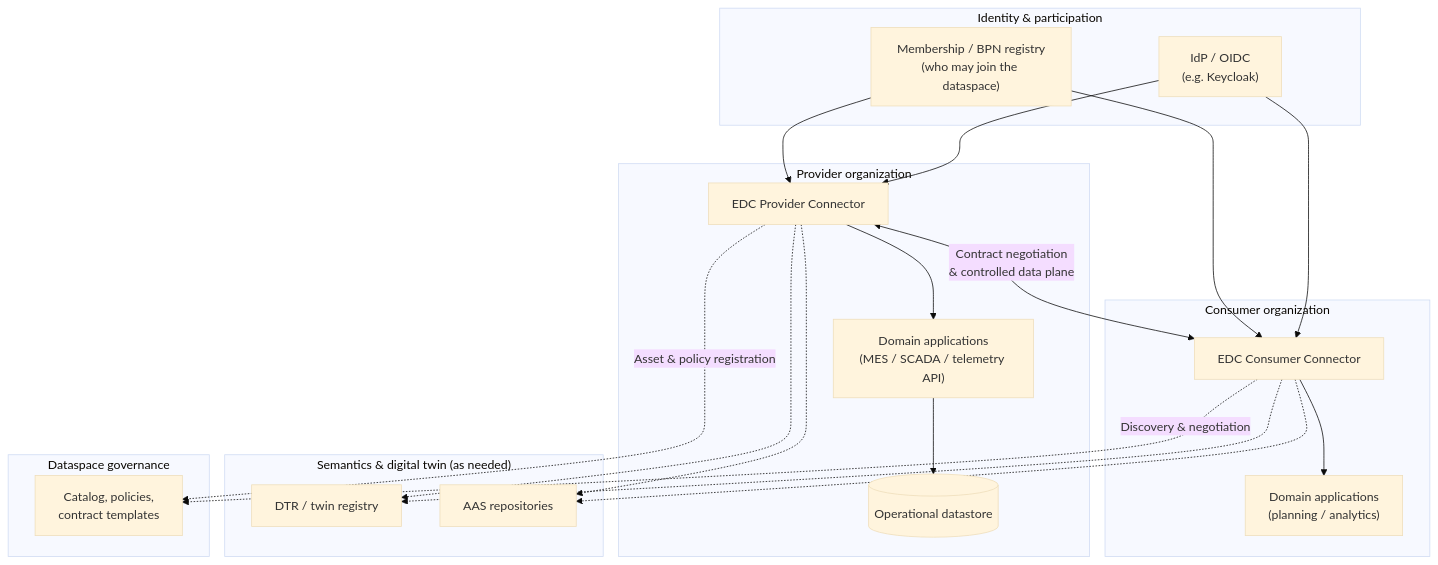
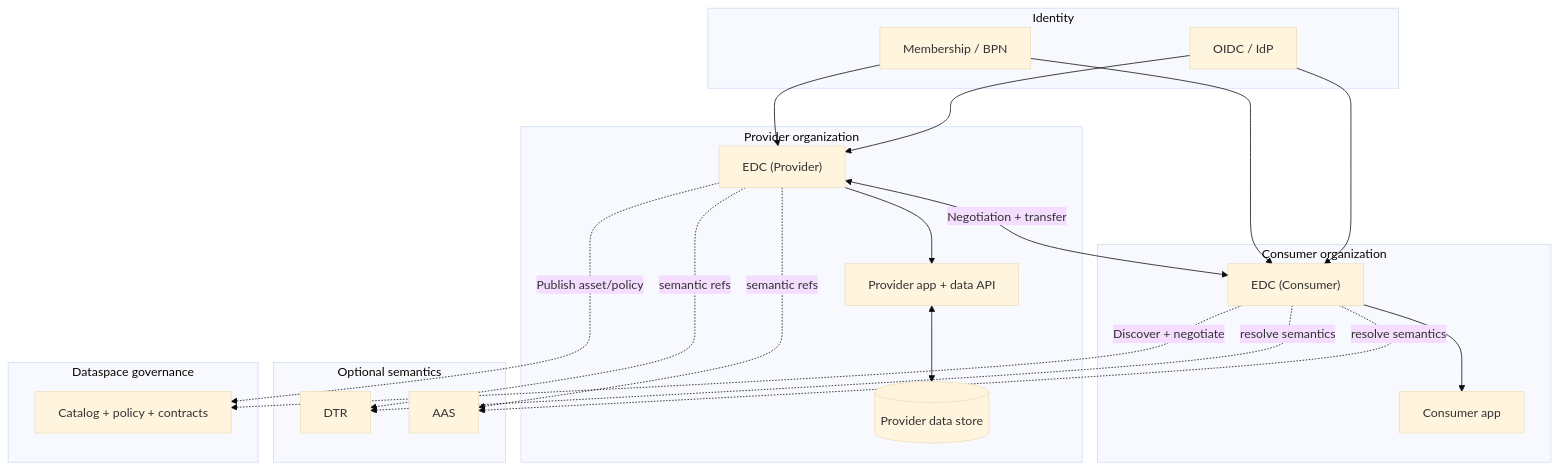
One commit to sumin-ma-1/catena-x-sw-sample changed the first of 3 diagrams in readme.md. Above: the diagram before and after it, drawn with Mermaid (base theme). The commit also changed other lines of this file and 3 other files, not shown here.

Commit message:
Refine documentation and architecture diagrams in README and related files

````diff
--- a/readme.md
+++ b/readme.md
@@ -11,44 +11,44 @@
 ```mermaid
 flowchart TB
-  subgraph identity["Identity & participation"]
-    IdP["IdP / OIDC\n(e.g. Keycloak)"]
-    Mem["Membership / BPN registry\n(who may join the dataspace)"]
+  subgraph identity["Identity"]
+    IdP["OIDC / IdP"]
+    Mem["Membership / BPN"]
   end
 
   subgraph provider["Provider organization"]
-    DomP["Domain applications\n(MES / SCADA / telemetry API)"]
-    DbP[(Operational datastore)]
-    ConP["EDC Provider Connector"]
-    DomP --> DbP
+    DomP["Provider app + data API"]
+    DbP[(Provider data store)]
+    ConP["EDC (Provider)"]
+    DomP <--> DbP
     ConP --> DomP
   end
 
   subgraph consumer["Consumer organization"]
-    DomC["Domain applications\n(planning / analytics)"]
-    ConC["EDC Consumer Connector"]
+    ConC["EDC (Consumer)"]
+    DomC["Consumer app"]
     ConC --> DomC
   end
 
-  subgraph semantics["Semantics & digital twin (as needed)"]
-    DTR["DTR / twin registry"]
-    AAS["AAS repositories"]
+  subgraph semantics["Optional semantics"]
+    DTR["DTR"]
+    AAS["AAS"]
   end
 
   subgraph governance["Dataspace governance"]
-    Gov["Catalog, policies,\ncontract templates"]
+    Gov["Catalog + policy + contracts"]
   end
 
   IdP --> ConP
   IdP --> ConC
   Mem --> ConP
   Mem --> ConC
 
-  ConP <-->|"Contract negotiation\n& controlled data plane"| ConC
-  ConP -.->|"Asset & policy registration"| Gov
-  ConC -.->|"Discovery & negotiation"| Gov
+  ConP <-->|"Negotiation + transfer"| ConC
+  ConP -.->|"Publish asset/policy"| Gov
+  ConC -.->|"Discover + negotiate"| Gov
 
-  ConP -.-> DTR
-  ConC -.-> DTR
-  ConP -.-> AAS
-  ConC -.-> AAS
+  ConP -.->|"semantic refs"| DTR
+  ConP -.->|"semantic refs"| AAS
+  ConC -.->|"resolve semantics"| DTR
+  ConC -.->|"resolve semantics"| AAS
 ```
````
